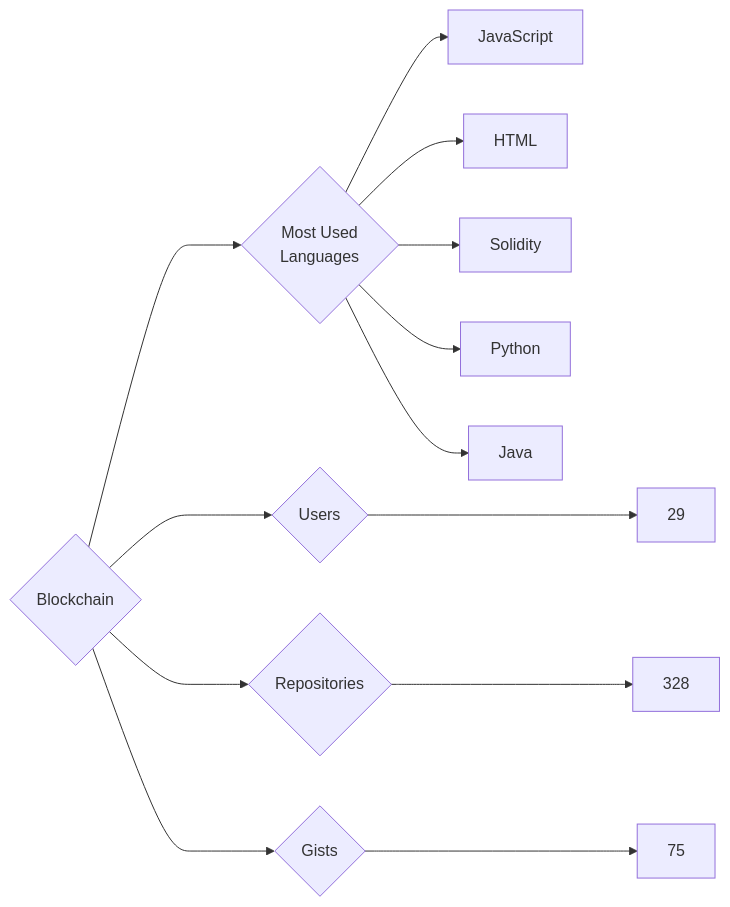
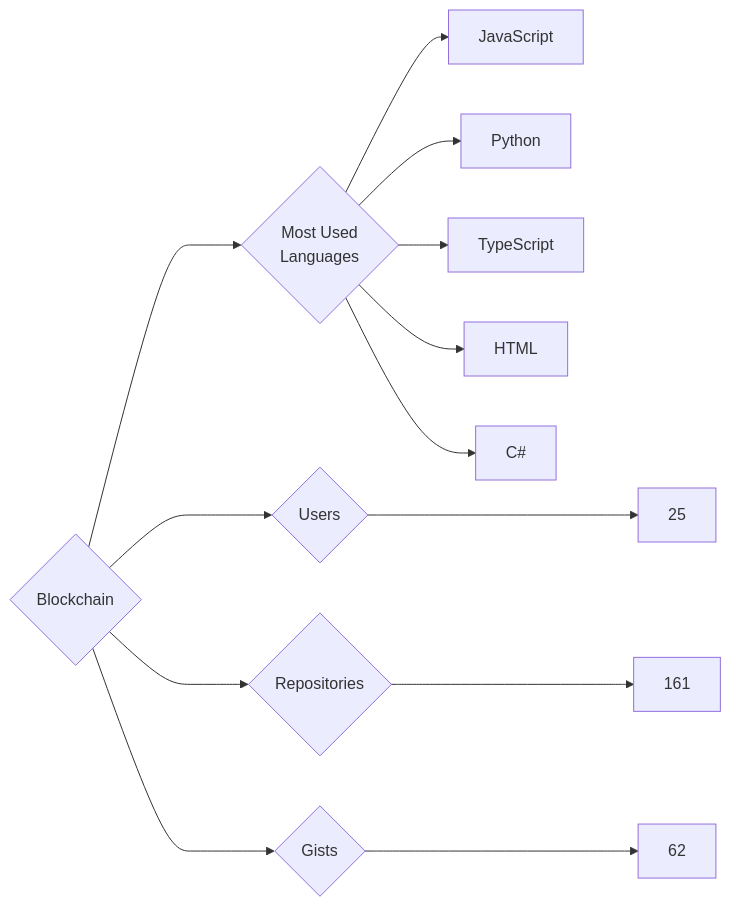
The diagram in targets/Blockchain/README.md (trickest/insiders), drawn with Mermaid before and after one commit. The commit also changed 872 other files, not shown here.

````diff
--- a/targets/Blockchain/README.md
+++ b/targets/Blockchain/README.md
@@ -3,13 +3,13 @@
 ```mermaid
 graph LR
 COMPANY_NAME{Blockchain}
-COMPANY_NAME ---> U{Users} ---> UN[29]
-COMPANY_NAME ---> R{Repositories} ---> RN[328]
-COMPANY_NAME ---> G{Gists} ---> GN[75]
+COMPANY_NAME ---> U{Users} ---> UN[25]
+COMPANY_NAME ---> R{Repositories} ---> RN[161]
+COMPANY_NAME ---> G{Gists} ---> GN[62]
 COMPANY_NAME ---> ML{Most Used<br>Languages}
 ML --> JavaScript[JavaScript]
+ML --> Python[Python]
+ML --> TypeScript[TypeScript]
 ML --> HTML[HTML]
-ML --> Solidity[Solidity]
-ML --> Python[Python]
-ML --> Java[Java]
+ML --> C#[C#]
 ```
````
